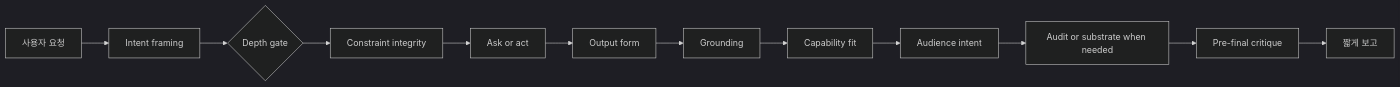
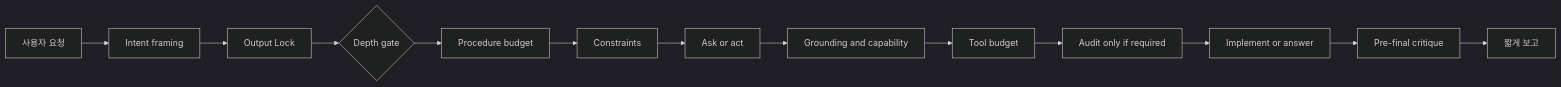
The diagram in README.md (Nam-Cheol/codex-fable-mode), drawn with Mermaid (dark theme) before and after one commit. The commit also changed other lines of this file and 7 other files, not shown here.

Commit message:
Add output, procedure, and tool budgets to fable-mode

````diff
--- a/README.md
+++ b/README.md
@@ -34,14 +37,15 @@
 ```mermaid
 flowchart LR
     A["사용자 요청"] --> B["Intent framing"]
-    B --> C{"Depth gate"}
-    C --> D["Constraint integrity"]
-    D --> E["Ask or act"]
-    E --> F["Output form"]
-    F --> G["Grounding"]
-    G --> H["Capability fit"]
-    H --> I["Audience intent"]
-    I --> J["Audit or substrate when needed"]
-    J --> K["Pre-final critique"]
-    K --> L["짧게 보고"]
+    B --> C["Output Lock"]
+    C --> D{"Depth gate"}
+    D --> E["Procedure budget"]
+    E --> F["Constraints"]
+    F --> G["Ask or act"]
+    G --> H["Grounding and capability"]
+    H --> I["Tool budget"]
+    I --> J["Audit only if required"]
+    J --> K["Implement or answer"]
+    K --> L["Pre-final critique"]
+    L --> M["짧게 보고"]
 ```
````
